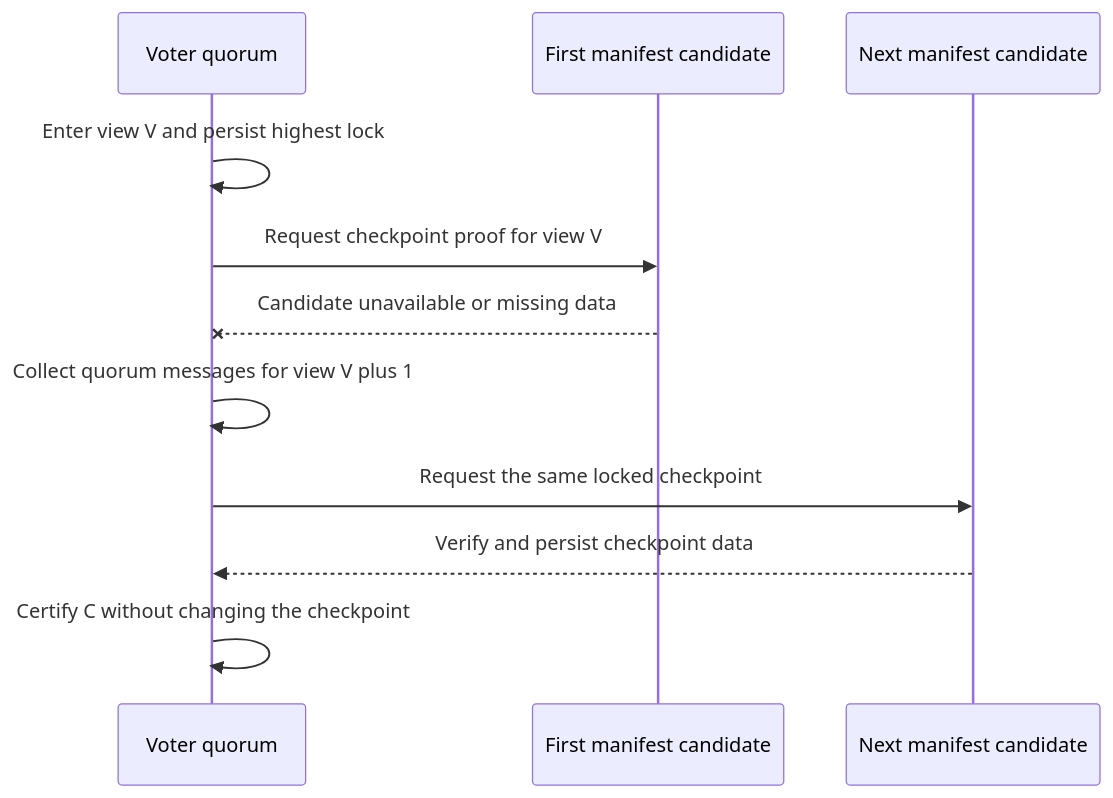
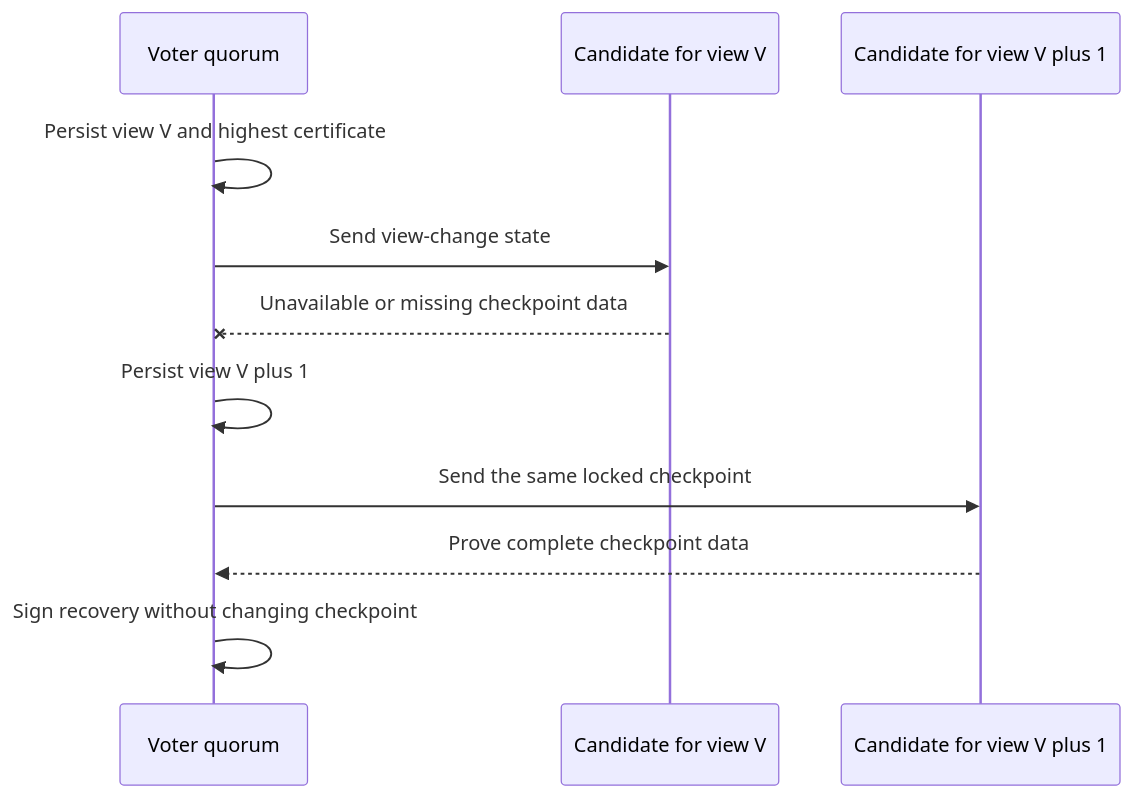
One commit to tempoxyz/zones changed the third of 4 diagrams in spt_automated_failover.md. Above: the diagram before and after it, drawn with Mermaid. The commit also changed other lines of this file, not shown here.

Commit message:
docs: strengthen automated sequencer failover plan

````diff
--- a/spt_automated_failover.md
+++ b/spt_automated_failover.md
@@ -116,14 +105,14 @@
 ```mermaid
 sequenceDiagram
     participant Q as Voter quorum
-    participant B as First manifest candidate
-    participant C as Next manifest candidate
+    participant B as Candidate for view V
+    participant C as Candidate for view V plus 1
 
-    Q->>Q: Enter view V and persist highest lock
-    Q->>B: Request checkpoint proof for view V
-    B--xQ: Candidate unavailable or missing data
-    Q->>Q: Collect quorum messages for view V plus 1
-    Q->>C: Request the same locked checkpoint
-    C-->>Q: Verify and persist checkpoint data
-    Q->>Q: Certify C without changing the checkpoint
+    Q->>Q: Persist view V and highest certificate
+    Q->>B: Send view-change state
+    B--xQ: Unavailable or missing checkpoint data
+    Q->>Q: Persist view V plus 1
+    Q->>C: Send the same locked checkpoint
+    C-->>Q: Prove complete checkpoint data
+    Q->>Q: Sign recovery without changing checkpoint
 ```
````
